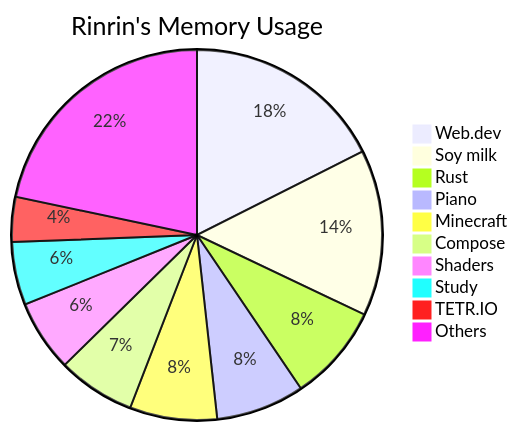
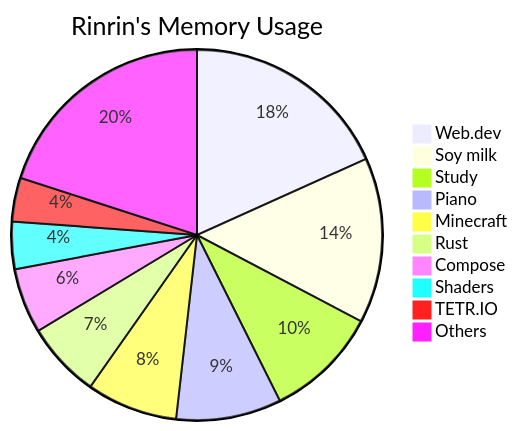
One commit to Rinrin0413/Rinrin0413 changed the diagram in README.md. Above: the diagram before and after it, drawn with Mermaid.

Commit message:
🛠 Update: Rinrin's Memory Usage

````diff
--- a/README.md
+++ b/README.md
@@ -76,13 +76,13 @@
 ```mermaid
 pie title Rinrin's Memory Usage
-    "Web.dev": 166
-    "Soy milk": 137
-    "Rust": 80
-    "Piano": 73
-    "Minecraft": 72
-    "Compose": 64
-    "Shaders": 59
-    "Study": 52
+    "Web.dev": 177
+    "Soy milk": 140
+    "Study": 96
+    "Piano": 89
+    "Minecraft": 77
+    "Rust": 64
+    "Compose": 55
+    "Shaders": 40
     "TETR.IO": 37
-    "Others": 205
+    "Others": 194
 ```
````
